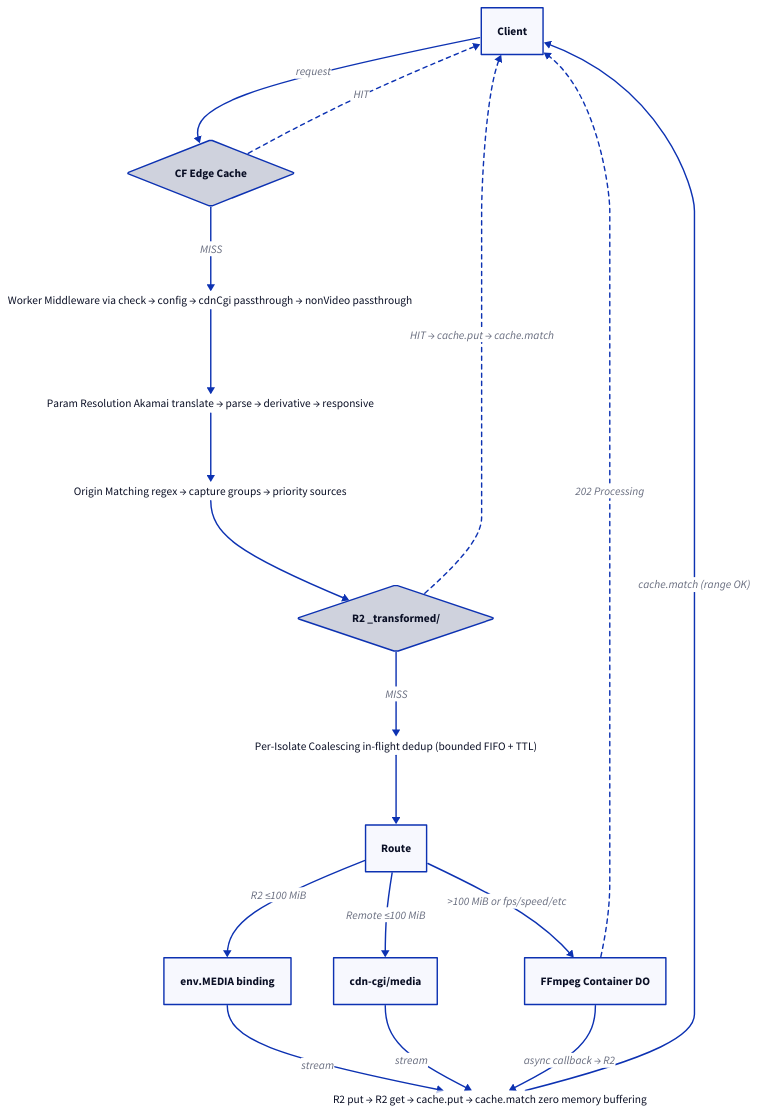
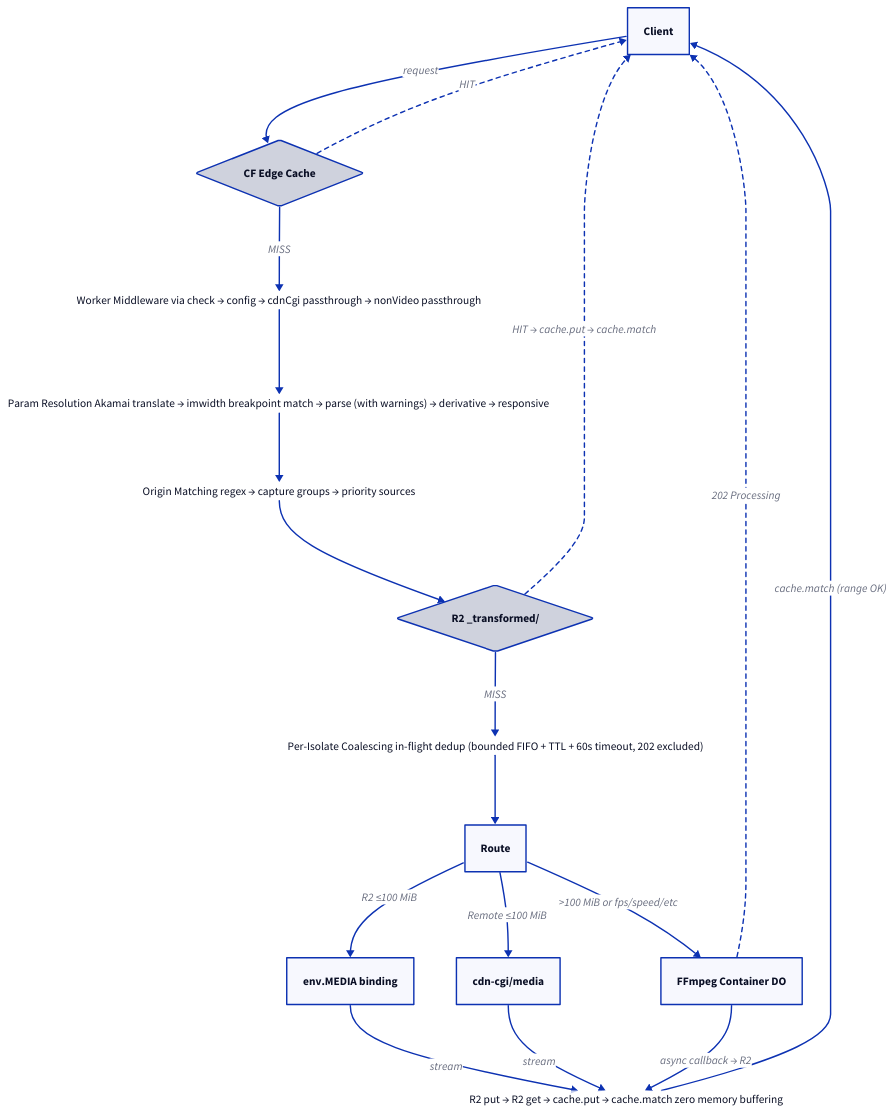
Before and after one commit to erfianugrah/lexicanum: the first of 5 diagrams in src/content/docs/reference/media-transformation-architecture.mdx, drawn with D2. The commit also changed other lines of this file, not shown here.

Commit message:
docs: update media transformation architecture for imwidth breakpoint matching, coalescer hardening, debug workbench

````diff
--- a/src/content/docs/reference/media-transformation-architecture.mdx
+++ b/src/content/docs/reference/media-transformation-architecture.mdx
@@ -39,67 +39,67 @@
 ```d2
 direction: down
 
 Client -> Edge: request
 Edge -> Client: HIT {
   style.stroke-dash: 3
 }
 Edge -> Middleware: MISS
 
 Middleware -> Params: ""
 Middleware: |md
   Worker Middleware
   via check → config → cdnCgi passthrough → nonVideo passthrough
 |
 
 Params -> Origins: ""
 Params: |md
   Param Resolution
-  Akamai translate → parse → derivative → responsive
+  Akamai translate → imwidth breakpoint match → parse (with warnings) → derivative → responsive
 |
 
 Origins -> R2Cache: ""
 Origins: |md
   Origin Matching
   regex → capture groups → priority sources
 |
 
 R2Cache -> Client: HIT → cache.put → cache.match {
   style.stroke-dash: 3
 }
 R2Cache -> Coalesce: MISS
 
 R2Cache: R2 _transformed/ {
   shape: diamond
 }
 
 Coalesce -> Route: ""
 Coalesce: |md
   Per-Isolate Coalescing
-  in-flight dedup (bounded FIFO + TTL)
+  in-flight dedup (bounded FIFO + TTL + 60s timeout, 202 excluded)
 |
 
 Route -> Binding: R2 ≤100 MiB
 Route -> CdnCgi: Remote ≤100 MiB
 Route -> Container: >100 MiB or fps/speed/etc
 
 Binding -> Store: stream
 CdnCgi -> Store: stream
 Container -> Client: 202 Processing {
   style.stroke-dash: 3
 }
 Container -> Store: async callback → R2
 
 Store -> Client: cache.match (range OK)
 Store: |md
   R2 put → R2 get → cache.put → cache.match
   zero memory buffering
 |
 
 Client: Client
 Edge: CF Edge Cache {
   shape: diamond
 }
 Binding: env.MEDIA binding
 CdnCgi: cdn-cgi/media
 Container: FFmpeg Container DO
 ```
````
